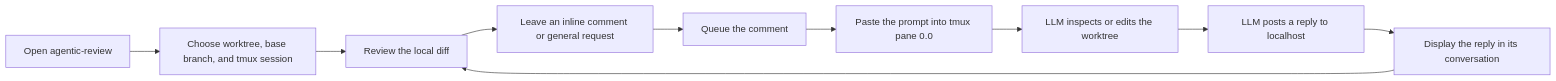
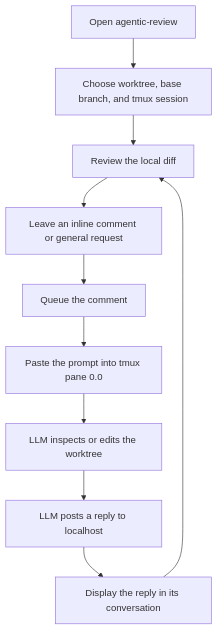
Before and after one commit to jkwak-work/agentic-review: the diagram in DESIGN.md, drawn with Mermaid.

Commit message:
Fix mermaid syntax in DESIGN.md

````diff
--- a/DESIGN.md
+++ b/DESIGN.md
@@ -13,12 +13,12 @@
 ```mermaid
-flowchart LR
+flowchart TD
     A[Open agentic-review] --> B[Choose worktree, base branch, and tmux session]
     B --> C[Review the local diff]
     C --> D[Leave an inline comment or general request]
     D --> E[Queue the comment]
     E --> F[Paste the prompt into tmux pane 0.0]
     F --> G[LLM inspects or edits the worktree]
     G --> H[LLM posts a reply to localhost]
     H --> I[Display the reply in its conversation]
     I --> C
 ```
````
